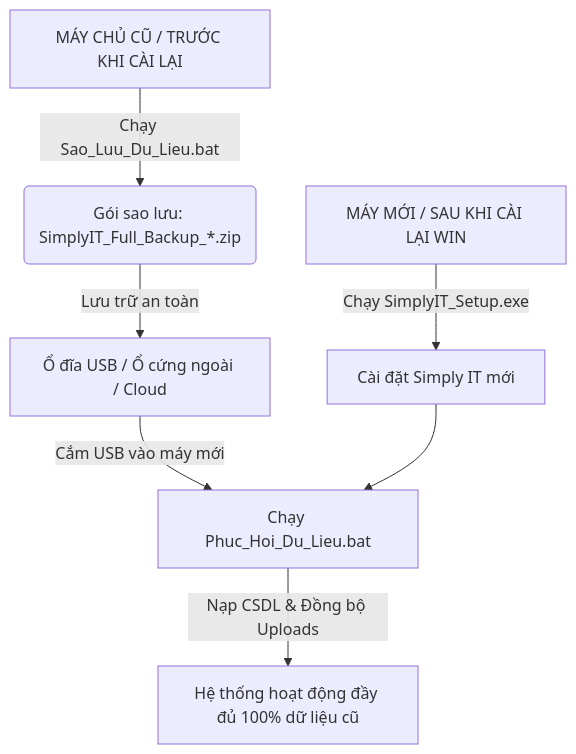
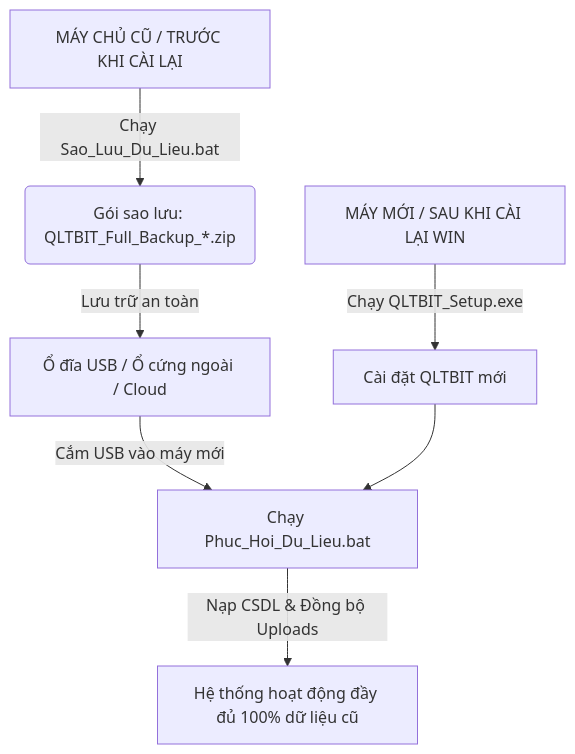
Before and after one commit to chausang/QLTBIT: the diagram in HUONG_DAN_SAO_LUU_VA_PHUC_HOI_DU_LIEU.md, drawn with Mermaid. The commit also changed other lines of this file and 125 other files, not shown here.

Commit message:
feat: đổi tên toàn bộ hệ thống SIMPLY IT thành QLTBIT

````diff
--- a/HUONG_DAN_SAO_LUU_VA_PHUC_HOI_DU_LIEU.md
+++ b/HUONG_DAN_SAO_LUU_VA_PHUC_HOI_DU_LIEU.md
@@ -114,9 +114,9 @@
 ```mermaid
 graph TD
-    A[MÁY CHỦ CŨ / TRƯỚC KHI CÀI LẠI] -->|Chạy Sao_Luu_Du_Lieu.bat| B(Gói sao lưu: SimplyIT_Full_Backup_*.zip)
+    A[MÁY CHỦ CŨ / TRƯỚC KHI CÀI LẠI] -->|Chạy Sao_Luu_Du_Lieu.bat| B(Gói sao lưu: QLTBIT_Full_Backup_*.zip)
     B -->|Lưu trữ an toàn| C[Ổ đĩa USB / Ổ cứng ngoài / Cloud]
-    D[MÁY MỚI / SAU KHI CÀI LẠI WIN] -->|Chạy SimplyIT_Setup.exe| E[Cài đặt Simply IT mới]
+    D[MÁY MỚI / SAU KHI CÀI LẠI WIN] -->|Chạy QLTBIT_Setup.exe| E[Cài đặt QLTBIT mới]
     C -->|Cắm USB vào máy mới| F[Chạy Phuc_Hoi_Du_Lieu.bat]
     E --> F
     F -->|Nạp CSDL & Đồng bộ Uploads| G[Hệ thống hoạt động đầy đủ 100% dữ liệu cũ]
 ```
````
